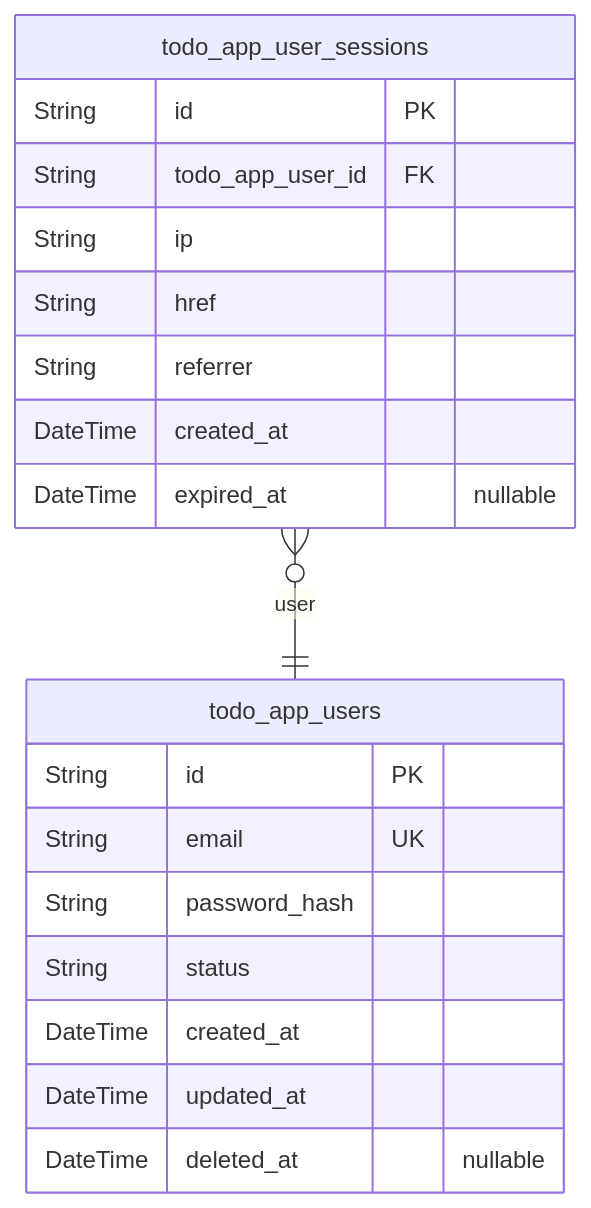
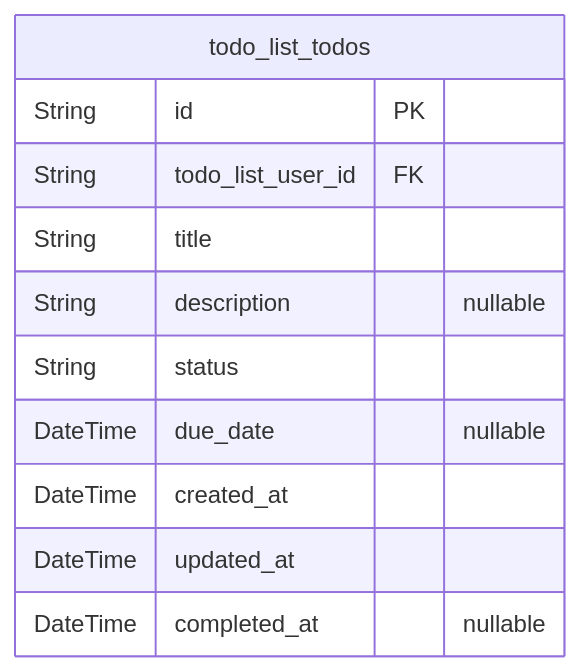
Before and after one commit to wrtnlabs/autobe-examples: the third of 4 diagrams in deepseek/deepseek-v3.1-terminus-exacto/todo/docs/ERD.md, drawn with Mermaid. The commit also changed other lines of this file and 3372 other files, not shown here.

````diff
--- a/deepseek/deepseek-v3.1-terminus-exacto/todo/docs/ERD.md
+++ b/deepseek/deepseek-v3.1-terminus-exacto/todo/docs/ERD.md
@@ -74,22 +273,14 @@
 ```mermaid
 erDiagram
-"todo_app_users" {
+"todo_list_todos" {
   String id PK
-  String email UK
-  String password_hash
+  String todo_list_user_id FK
+  String title
+  String description "nullable"
   String status
+  DateTime due_date "nullable"
   DateTime created_at
   DateTime updated_at
-  DateTime deleted_at "nullable"
+  DateTime completed_at "nullable"
 }
-"todo_app_user_sessions" {
-  String id PK
-  String todo_app_user_id FK
-  String ip
-  String href
-  String referrer
-  DateTime created_at
-  DateTime expired_at "nullable"
-}
-"todo_app_user_sessions" }o--|| "todo_app_users" : user
 ```
````
